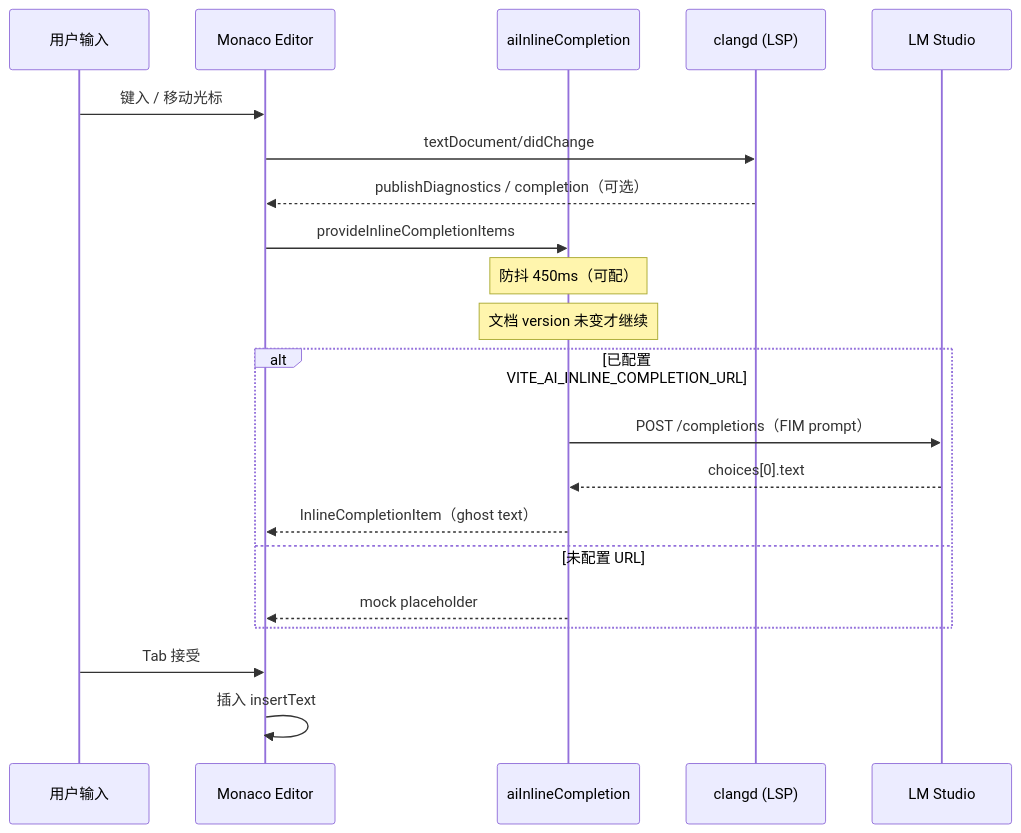
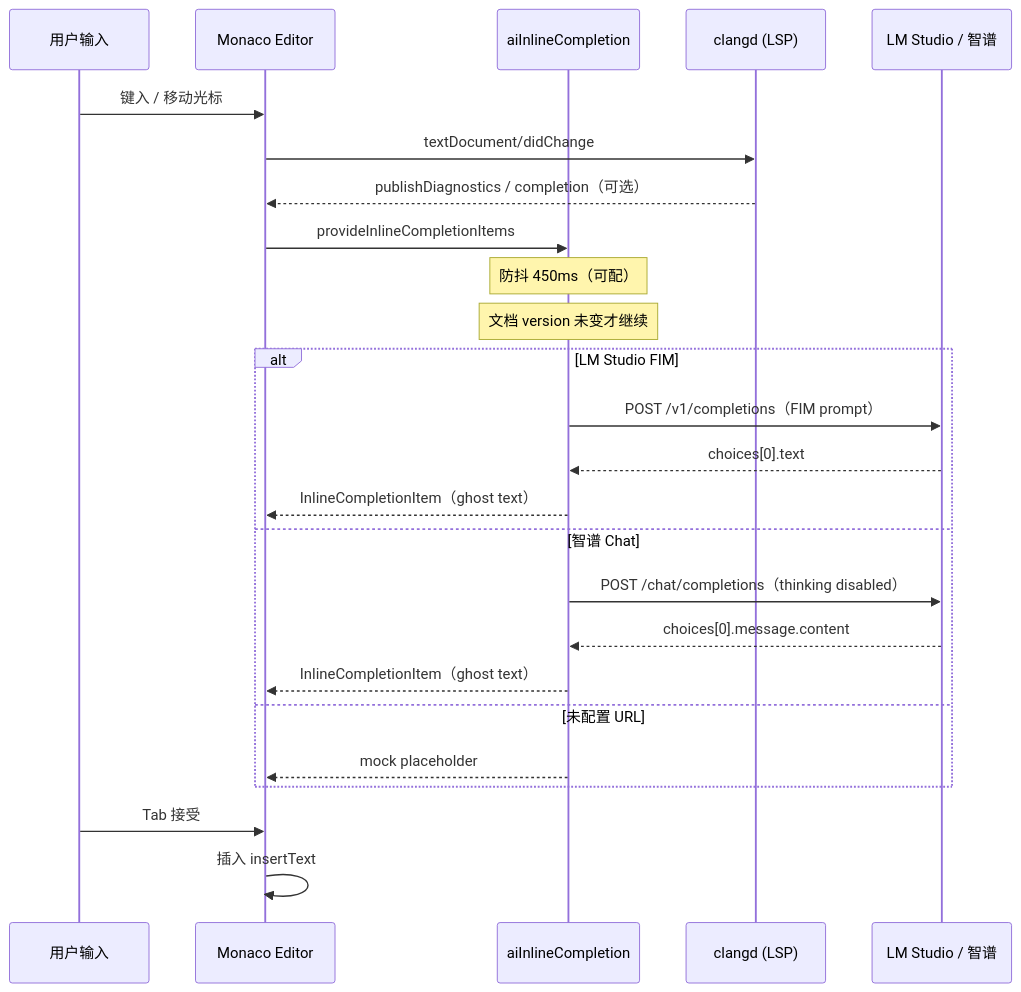
Before and after one commit to ailyProject/aily-coder-editor: the second of 2 diagrams in docs/aily-code-inlineAi.md, drawn with Mermaid. The commit also changed other lines of this file and 14 other files, not shown here.

````diff
--- a/docs/aily-code-inlineAi.md
+++ b/docs/aily-code-inlineAi.md
@@ -108,27 +110,31 @@
 ```mermaid
 sequenceDiagram
   participant U as 用户输入
   participant E as Monaco Editor
   participant P as aiInlineCompletion
   participant L as clangd (LSP)
-  participant M as LM Studio
+  participant M as LM Studio / 智谱
 
   U->>E: 键入 / 移动光标
   E->>L: textDocument/didChange
   L-->>E: publishDiagnostics / completion（可选）
 
   E->>P: provideInlineCompletionItems
   Note over P: 防抖 450ms（可配）
   Note over P: 文档 version 未变才继续
 
-  alt 已配置 VITE_AI_INLINE_COMPLETION_URL
-    P->>M: POST /completions（FIM prompt）
+  alt LM Studio FIM
+    P->>M: POST /v1/completions（FIM prompt）
     M-->>P: choices[0].text
+    P-->>E: InlineCompletionItem（ghost text）
+  else 智谱 Chat
+    P->>M: POST /chat/completions（thinking disabled）
+    M-->>P: choices[0].message.content
     P-->>E: InlineCompletionItem（ghost text）
   else 未配置 URL
     P-->>E: mock placeholder
   end
 
   U->>E: Tab 接受
   E->>E: 插入 insertText
 ```
````
